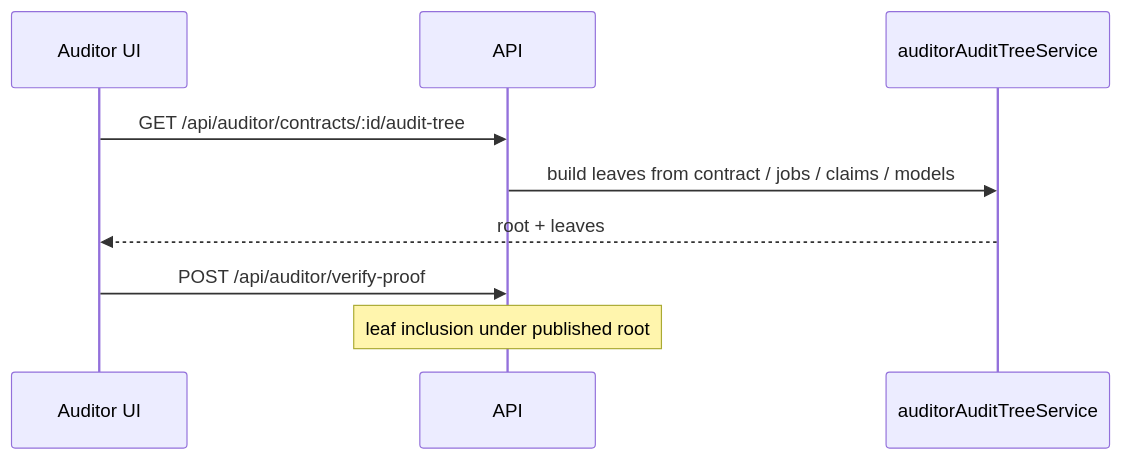
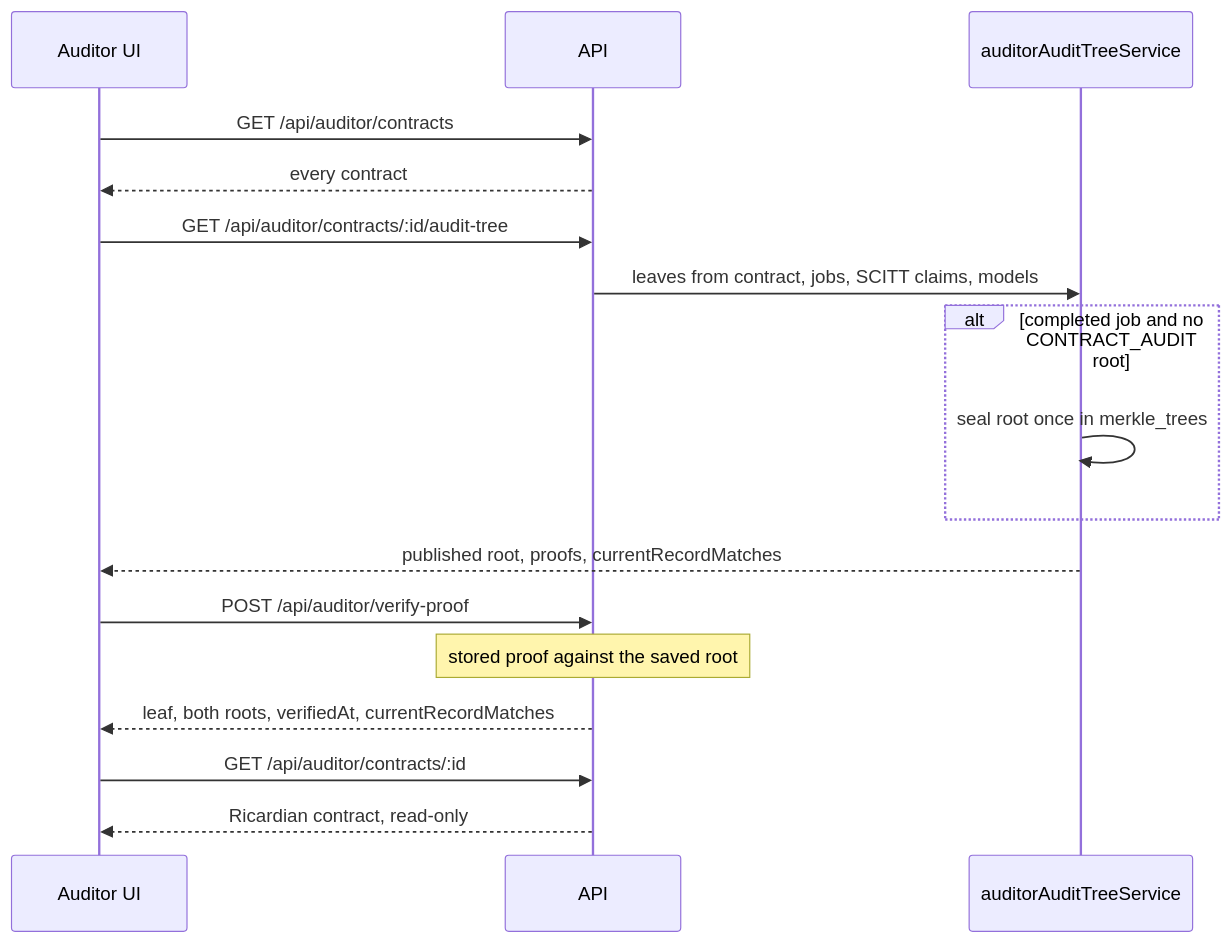
The fourth of 10 diagrams in docs/architecture/UML_4PLUS1_ARCHITECTURE.md (gitmujoshi/Confidential-AI-Network), drawn with Mermaid before and after one commit. The commit also changed other lines of this file and 73 other files, not shown here.

````diff
--- a/docs/architecture/UML_4PLUS1_ARCHITECTURE.md
+++ b/docs/architecture/UML_4PLUS1_ARCHITECTURE.md
@@ -276,12 +276,20 @@
 ```mermaid
 sequenceDiagram
     participant Aud as Auditor UI
     participant API
     participant Tree as auditorAuditTreeService
 
+    Aud->>API: GET /api/auditor/contracts
+    API-->>Aud: every contract
     Aud->>API: GET /api/auditor/contracts/:id/audit-tree
-    API->>Tree: build leaves from contract / jobs / claims / models
-    Tree-->>Aud: root + leaves
+    API->>Tree: leaves from contract, jobs, SCITT claims, models
+    alt completed job and no CONTRACT_AUDIT root
+        Tree->>Tree: seal root once in merkle_trees
+    end
+    Tree-->>Aud: published root, proofs, currentRecordMatches
     Aud->>API: POST /api/auditor/verify-proof
-    Note over API: leaf inclusion under published root
+    Note over API: stored proof against the saved root
+    API-->>Aud: leaf, both roots, verifiedAt, currentRecordMatches
+    Aud->>API: GET /api/auditor/contracts/:id
+    API-->>Aud: Ricardian contract, read-only
 ```
````
